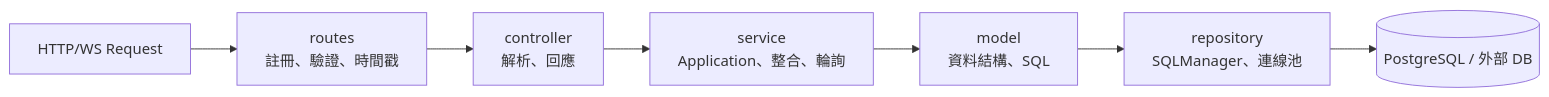
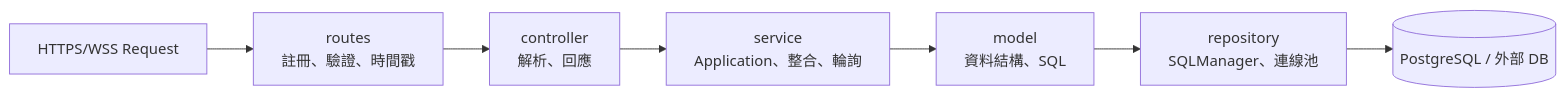
Before and after one commit to PochengChen-del/EdgeViewDoc: the third of 8 diagrams in SDS/02_System_Architecture.md, drawn with Mermaid. The commit also changed other lines of this file and 9 other files, not shown here.

````diff
--- a/SDS/02_System_Architecture.md
+++ b/SDS/02_System_Architecture.md
@@ -124,9 +124,9 @@
 ```mermaid
 flowchart LR
-    REQ[HTTP/WS Request] --> ROUTES[routes<br/>註冊、驗證、時間戳]
+    REQ[HTTPS/WSS Request] --> ROUTES[routes<br/>註冊、驗證、時間戳]
     ROUTES --> CTRL[controller<br/>解析、回應]
     CTRL --> SVC[service<br/>Application、整合、輪詢]
     SVC --> MODEL[model<br/>資料結構、SQL]
     MODEL --> REPO[repository<br/>SQLManager、連線池]
     REPO --> DB[(PostgreSQL / 外部 DB)]
 ```
````
